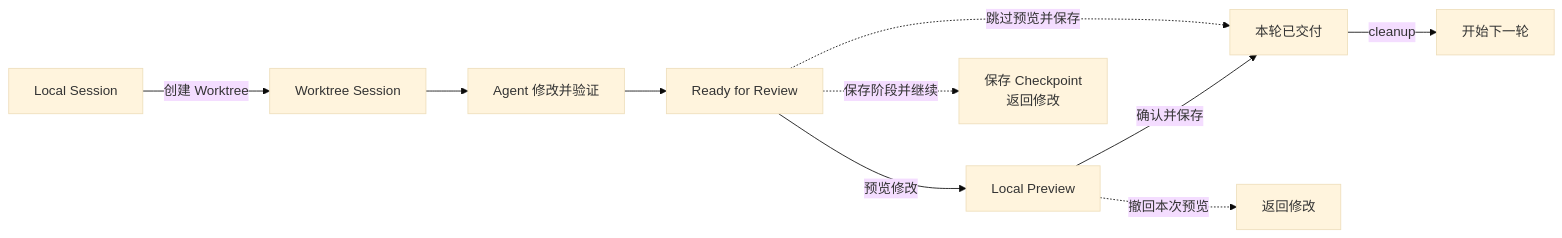
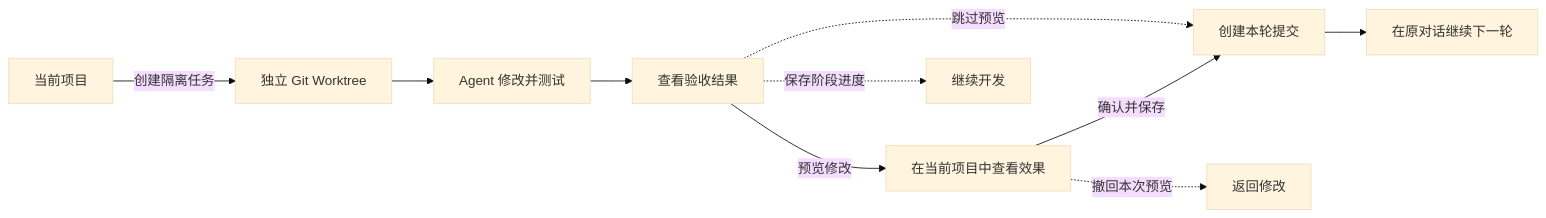
One commit to wloops/dsh-git-worktree changed the diagram in README.md. Above: the diagram before and after it, drawn with Mermaid (base theme). The commit also changed other lines of this file and 1 other file, not shown here.

````diff
--- a/README.md
+++ b/README.md
@@ -41,13 +41,13 @@
 ```mermaid
 flowchart LR
-    A[Local Session] -->|创建 Worktree| B[Worktree Session]
-    B --> C[Agent 修改并验证]
-    C --> D[Ready for Review]
-    D -->|预览修改| E[Local Preview]
-    E -->|确认并保存| F[本轮已交付]
-    F -->|cleanup| G[开始下一轮]
+    A[当前项目] -->|创建隔离任务| B[独立 Git Worktree]
+    B --> C[Agent 修改并测试]
+    C --> D[查看验收结果]
+    D -->|预览修改| E[在当前项目中查看效果]
+    E -->|确认并保存| F[创建本轮提交]
+    F --> G[在原对话继续下一轮]
 
-    D -.->|保存阶段并继续| H[保存 Checkpoint<br/>返回修改]
+    D -.->|保存阶段进度| H[继续开发]
     E -.->|撤回本次预览| I[返回修改]
-    D -.->|跳过预览并保存| F
+    D -.->|跳过预览| F
 ```
````
